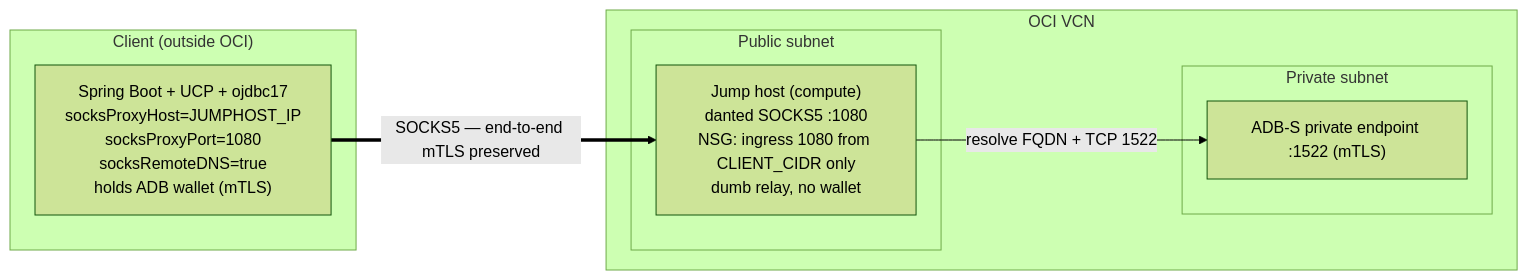
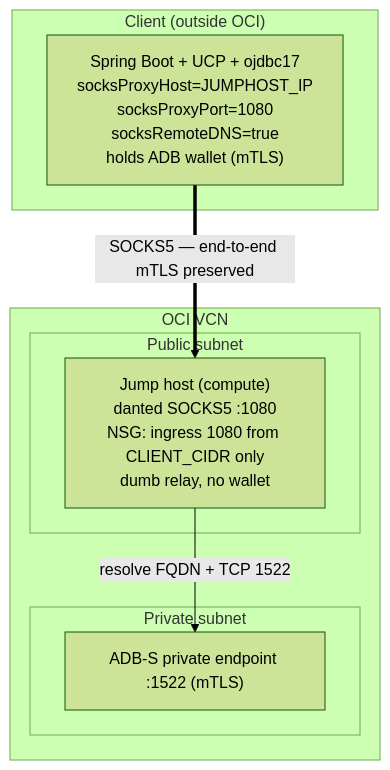
The diagram in README.md (vmleon/oracle-database-socks5), drawn with Mermaid (forest theme) before and after one commit. The commit also changed 1 other file, not shown here.

Commit message:
docs: per-command snippets in DEMO; vertical Topology diagram in README

````diff
--- a/README.md
+++ b/README.md
@@ -11,16 +11,16 @@
 ```mermaid
-flowchart LR
+flowchart TB
   subgraph Client["Client (outside OCI)"]
     APP["Spring Boot + UCP + ojdbc17\nsocksProxyHost=JUMPHOST_IP\nsocksProxyPort=1080\nsocksRemoteDNS=true\nholds ADB wallet (mTLS)"]
   end
   subgraph OCI["OCI VCN"]
     subgraph PUB["Public subnet"]
       JH["Jump host (compute)\ndanted SOCKS5 :1080\nNSG: ingress 1080 from CLIENT_CIDR only\ndumb relay, no wallet"]
     end
     subgraph PRIV["Private subnet"]
       PE["ADB-S private endpoint :1522 (mTLS)"]
     end
     JH -->|"resolve FQDN + TCP 1522"| PE
   end
   APP ==>|"SOCKS5 — end-to-end mTLS preserved"| JH
 ```
````
